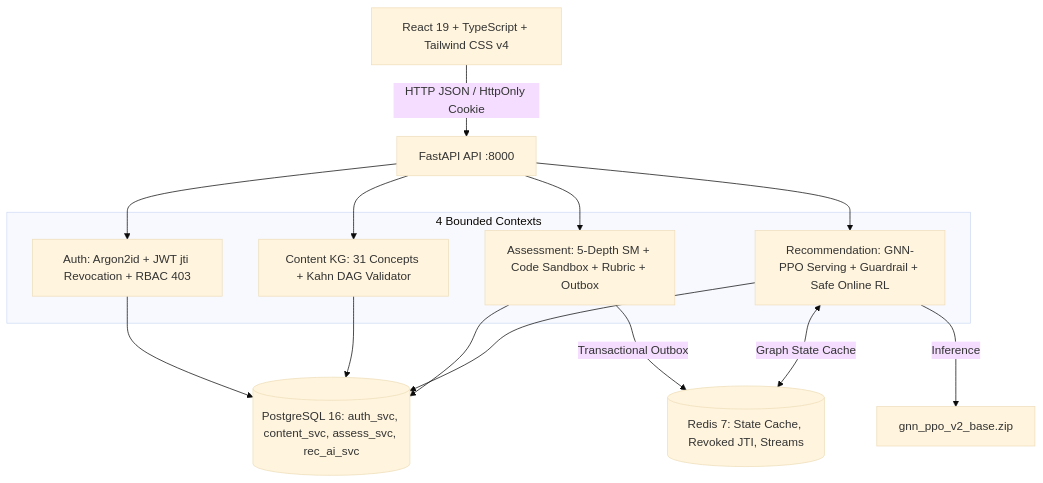
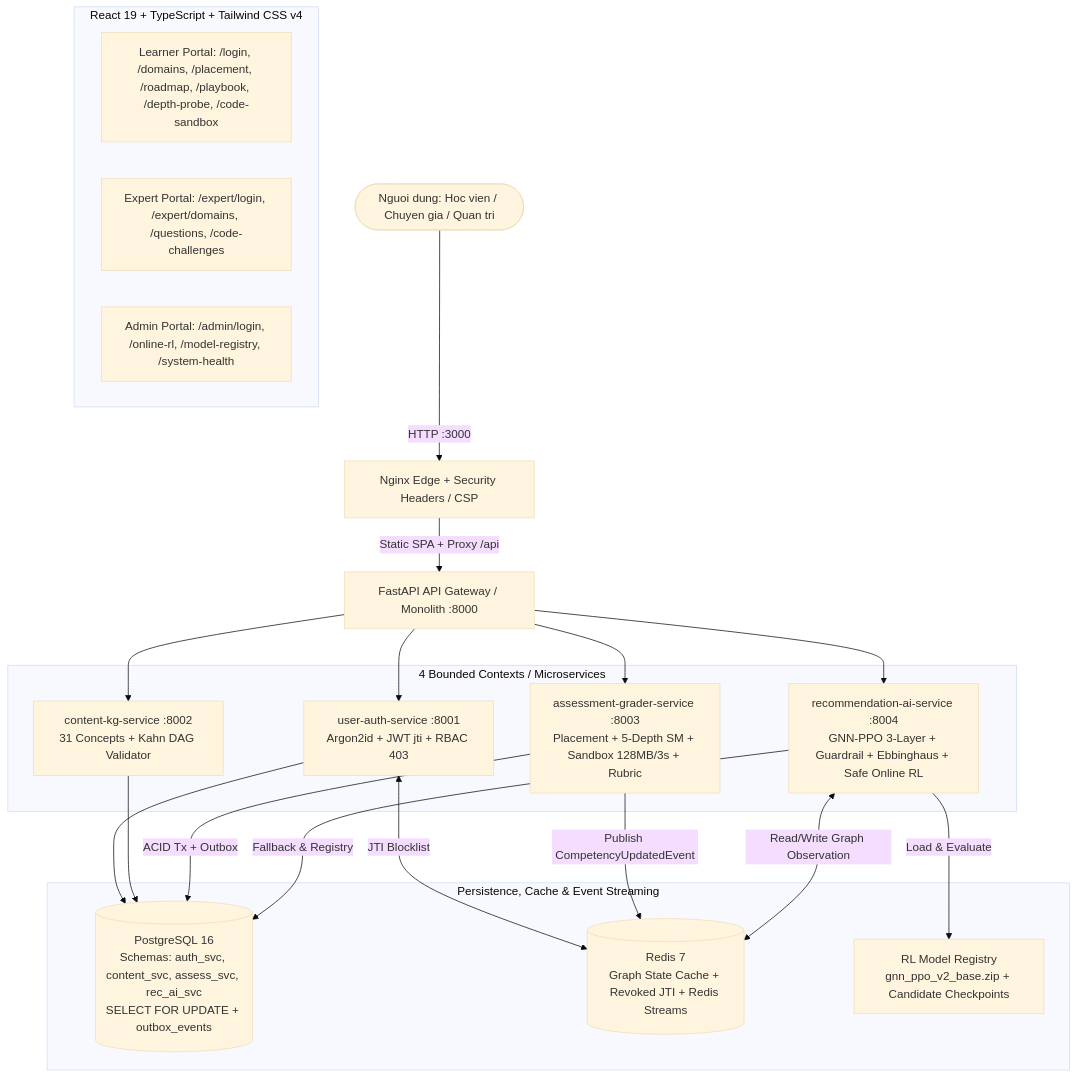
One commit to diepvanhieu25-tech/plumora changed the third of 3 diagrams in README.md. Above: the diagram before and after it, drawn with Mermaid (base theme). The commit also changed other lines of this file, not shown here.

Commit message:
docs(readme): add full System Design diagram and link to docs/design.md

````diff
--- a/README.md
+++ b/README.md
@@ -80,17 +82,36 @@
 ```mermaid
-flowchart TD
-    UI[React 19 + TypeScript + Tailwind CSS v4] -->|HTTP JSON / HttpOnly Cookie| API[FastAPI API :8000]
+flowchart TB
+    User([Nguoi dung: Hoc vien / Chuyen gia / Quan tri]) -->|HTTP :3000| Nginx[Nginx Edge + Security Headers / CSP]
 
-    subgraph Bounded_Contexts [4 Bounded Contexts]
-        Auth[Auth: Argon2id + JWT jti Revocation + RBAC 403]
-        Content[Content KG: 31 Concepts + Kahn DAG Validator]
-        Assess[Assessment: 5-Depth SM + Code Sandbox + Rubric + Outbox]
-        Rec[Recommendation: GNN-PPO Serving + Guardrail + Safe Online RL]
+    subgraph Frontend_SPA [React 19 + TypeScript + Tailwind CSS v4]
+        P1[Learner Portal: /login, /domains, /placement, /roadmap, /playbook, /depth-probe, /code-sandbox]
+        P2[Expert Portal: /expert/login, /expert/domains, /questions, /code-challenges]
+        P3[Admin Portal: /admin/login, /online-rl, /model-registry, /system-health]
     end
 
-    API --> Auth & Content & Assess & Rec
-    Auth & Content & Assess & Rec --> PG[(PostgreSQL 16: auth_svc, content_svc, assess_svc, rec_ai_svc)]
-    Assess -->|Transactional Outbox| RD[(Redis 7: State Cache, Revoked JTI, Streams)]
-    Rec <-->|Graph State Cache| RD
-    Rec -->|Inference| CKPT[gnn_ppo_v2_base.zip]
+    Nginx -->|Static SPA + Proxy /api| GW[FastAPI API Gateway / Monolith :8000]
+
+    subgraph Services_Layer [4 Bounded Contexts / Microservices]
+        S1[user-auth-service :8001<br/>Argon2id + JWT jti + RBAC 403]
+        S2[content-kg-service :8002<br/>31 Concepts + Kahn DAG Validator]
+        S3[assessment-grader-service :8003<br/>Placement + 5-Depth SM + Sandbox 128MB/3s + Rubric]
+        S4[recommendation-ai-service :8004<br/>GNN-PPO 3-Layer + Guardrail + Ebbinghaus + Safe Online RL]
+    end
+
+    GW --> S1 & S2 & S3 & S4
+
+    subgraph Data_and_Event_Bus [Persistence, Cache & Event Streaming]
+        PG[(PostgreSQL 16<br/>Schemas: auth_svc, content_svc, assess_svc, rec_ai_svc<br/>SELECT FOR UPDATE + outbox_events)]
+        RD[(Redis 7<br/>Graph State Cache + Revoked JTI + Redis Streams)]
+        CKPT[RL Model Registry<br/>gnn_ppo_v2_base.zip + Candidate Checkpoints]
+    end
+
+    S1 --> PG
+    S1 <-->|JTI Blocklist| RD
+    S2 --> PG
+    S3 -->|ACID Tx + Outbox| PG
+    S3 -->|Publish CompetencyUpdatedEvent| RD
+    S4 <-->|Read/Write Graph Observation| RD
+    S4 -->|Fallback & Registry| PG
+    S4 -->|Load & Evaluate| CKPT
 ```
````
